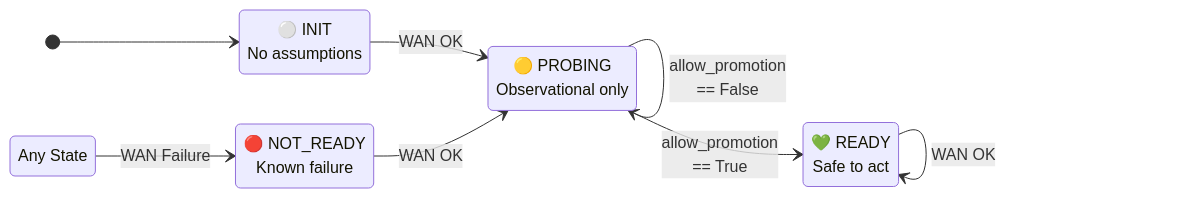
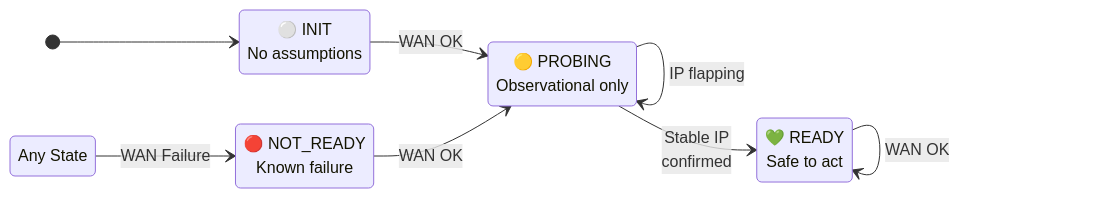
Before and after one commit to bkaewell/cloudflare-verified-ddns: the third of 3 diagrams in docs/ARCHITECTURE.md, drawn with Mermaid. The commit also changed other lines of this file, not shown here.

````diff
--- a/docs/ARCHITECTURE.md
+++ b/docs/ARCHITECTURE.md
@@ -142,23 +121,23 @@
 ```mermaid
 stateDiagram-v2
     direction LR
 
     INIT: ⚪ INIT<br/>No assumptions
     PROBING: 🟡 PROBING<br/>Observational only
     READY: 💚 READY<br/>Safe to act
     NOT_READY: 🔴 NOT_READY<br/>Known failure
 
     [*] --> INIT
 
     INIT --> PROBING : WAN OK
     NOT_READY --> PROBING : WAN OK
 
-    PROBING --> READY : allow_promotion<br/> == True
-    PROBING --> PROBING : allow_promotion<br/> == False
+    PROBING --> READY : Stable IP<br/>confirmed
+    PROBING --> PROBING : IP flapping
 
     READY --> READY : WAN OK
 
     %% Global failure invariant
     state "Any State" as ANY
     ANY --> NOT_READY : WAN Failure
 ```
````
